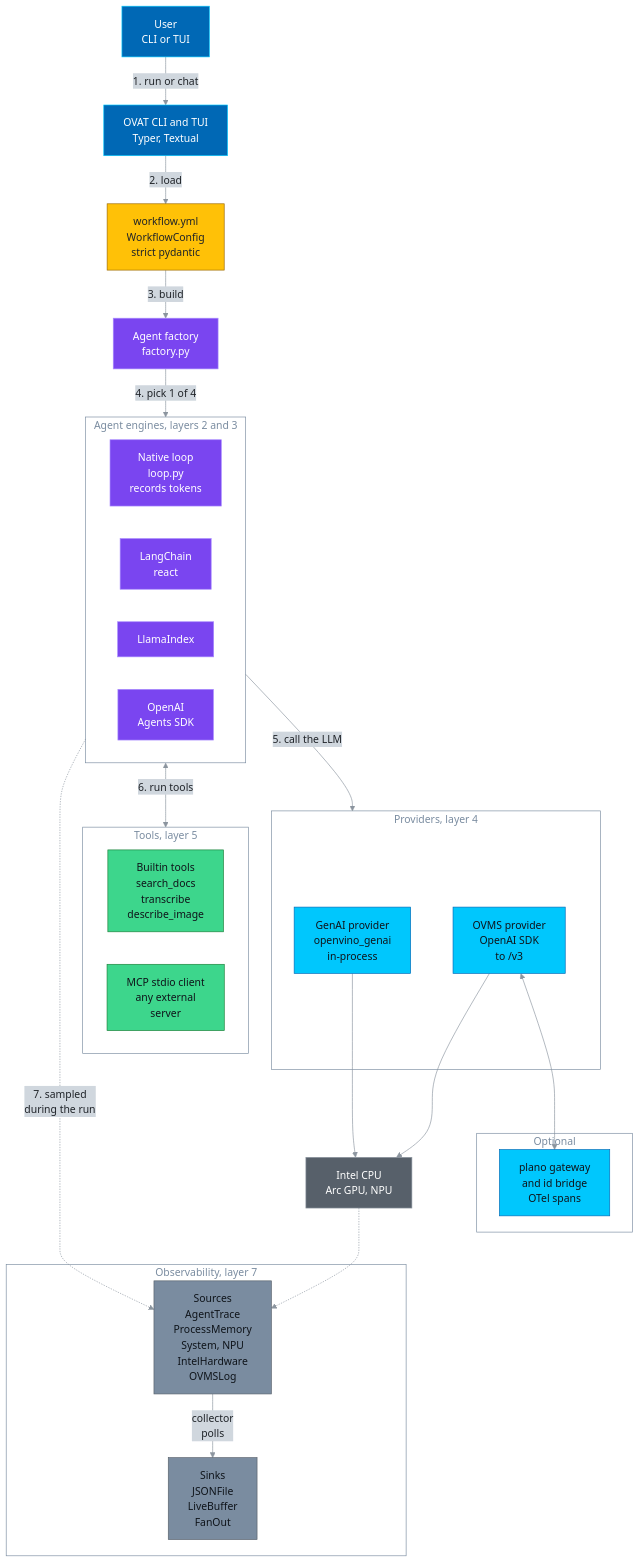
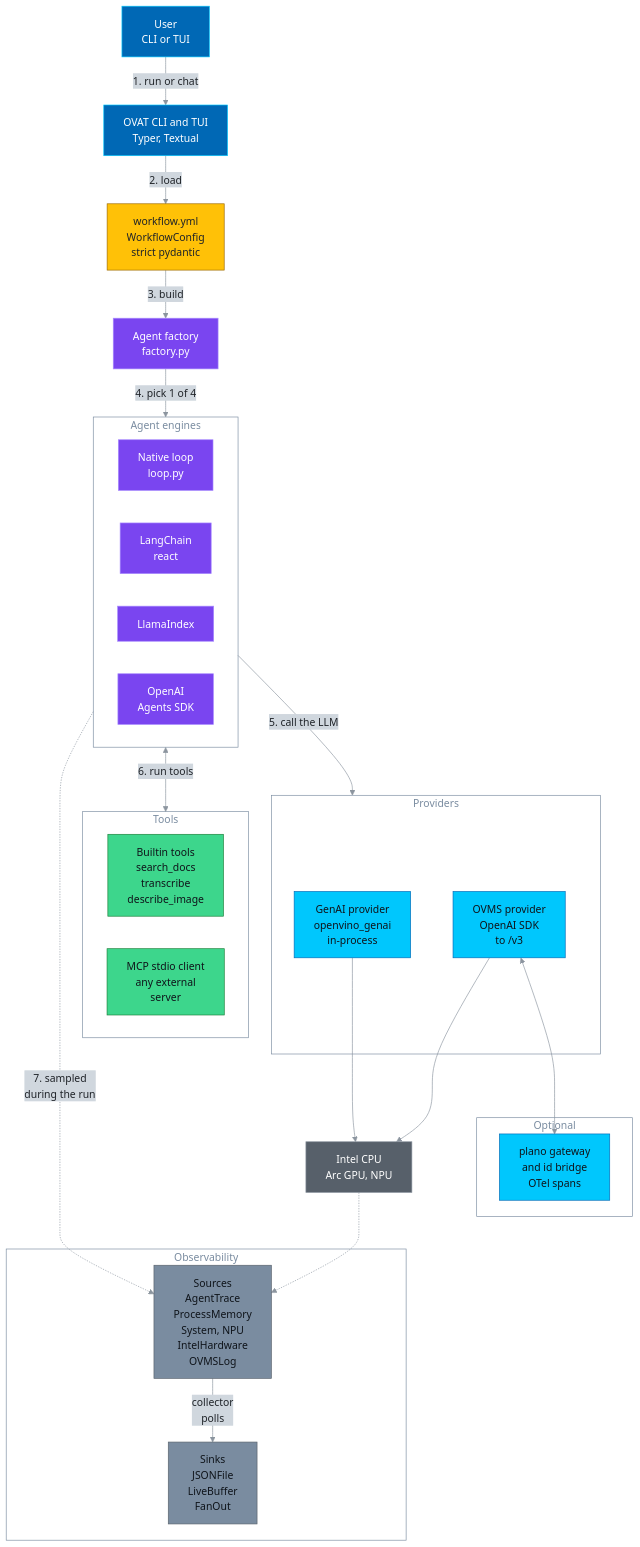
One commit to Lagmator22/ovat changed the first of 11 diagrams in docs/ARCHITECTURE.md. Above: the diagram before and after it, drawn with Mermaid. The commit also changed other lines of this file and 1 other file, not shown here.

First line of the commit message:
docs(architecture): organise by what each part does

````diff
--- a/docs/ARCHITECTURE.md
+++ b/docs/ARCHITECTURE.md
@@ -87,60 +123,60 @@
 ```mermaid
 %%{init: {"theme": "base", "themeVariables": {"primaryColor": "#D0D7DE", "primaryTextColor": "#1F2328", "primaryBorderColor": "#8C959F", "lineColor": "#8C959F", "textColor": "#1F2328", "edgeLabelBackground": "#D0D7DE", "clusterBkg": "transparent", "clusterBorder": "#7A8CA0", "titleColor": "#7A8CA0"}}}%%
 flowchart TD
     User["User<br/>CLI or TUI"] -->|"1. run or chat"| CLI["OVAT CLI and TUI<br/>Typer, Textual"]
     CLI -->|"2. load"| Config["workflow.yml<br/>WorkflowConfig<br/>strict pydantic"]
     Config -->|"3. build"| Factory["Agent factory<br/>factory.py"]
     Factory -->|"4. pick 1 of 4"| Engines
 
-    subgraph Engines ["Agent engines, layers 2 and 3"]
-        Native["Native loop<br/>loop.py<br/>records tokens"]
+    subgraph Engines ["Agent engines"]
+        Native["Native loop<br/>loop.py"]
         LangChain["LangChain<br/>react"]
         LlamaIndex["LlamaIndex"]
         OpenAIAgents["OpenAI<br/>Agents SDK"]
     end
 
     Engines -->|"5. call the LLM"| Providers
     Engines <-->|"6. run tools"| Tools
 
-    subgraph Providers ["Providers, layer 4"]
+    subgraph Providers ["Providers"]
         GenAI["GenAI provider<br/>openvino_genai<br/>in-process"]
         OVMS["OVMS provider<br/>OpenAI SDK<br/>to /v3"]
     end
 
-    subgraph Tools ["Tools, layer 5"]
+    subgraph Tools ["Tools"]
         Builtin["Builtin tools<br/>search_docs<br/>transcribe<br/>describe_image"]
         MCP["MCP stdio client<br/>any external<br/>server"]
     end
 
     subgraph Gateway ["Optional"]
         Plano["plano gateway<br/>and id bridge<br/>OTel spans"]
     end
 
     OVMS <--> Plano
     GenAI --> Hardware["Intel CPU<br/>Arc GPU, NPU"]
     OVMS --> Hardware
 
-    subgraph Telemetry ["Observability, layer 7"]
+    subgraph Telemetry ["Observability"]
         Sources["Sources<br/>AgentTrace<br/>ProcessMemory<br/>System, NPU<br/>IntelHardware<br/>OVMSLog"]
         Sinks["Sinks<br/>JSONFile<br/>LiveBuffer<br/>FanOut"]
         Sources -->|"collector<br/>polls"| Sinks
     end
 
     Engines -.->|"7. sampled<br/>during the run"| Sources
     Hardware -.-> Sources
 
     classDef cli fill:#0068B5,stroke:#00C7FD,color:#FFFFFF
     classDef config fill:#FFC107,stroke:#9A6700,color:#1F2328
     classDef engine fill:#7A45F0,stroke:#A98BFF,color:#FFFFFF
     classDef backend fill:#00C7FD,stroke:#0068B5,color:#0F141A
     classDef tool fill:#3DD68C,stroke:#1A7F37,color:#0F141A
     classDef telemetry fill:#7A8CA0,stroke:#57606A,color:#0F141A
     classDef hw fill:#57606A,stroke:#8C959F,color:#FFFFFF
     class User,CLI cli
     class Config config
     class Factory,Native,LangChain,LlamaIndex,OpenAIAgents engine
     class GenAI,OVMS,Plano backend
     class Builtin,MCP tool
     class Sources,Sinks telemetry
     class Hardware hw
 ```
````
